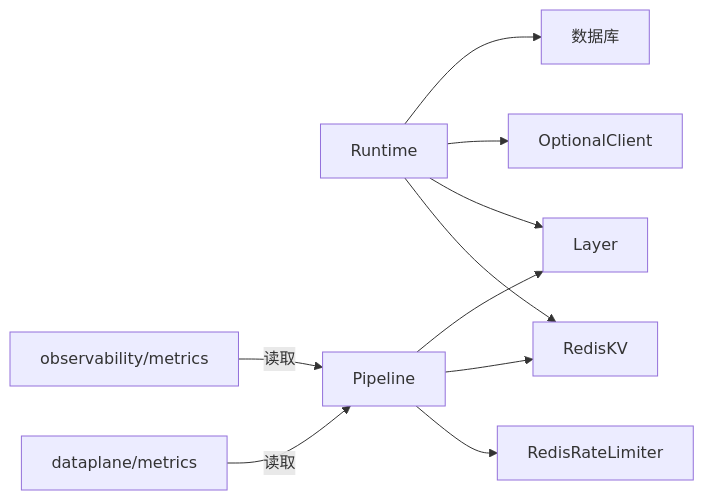
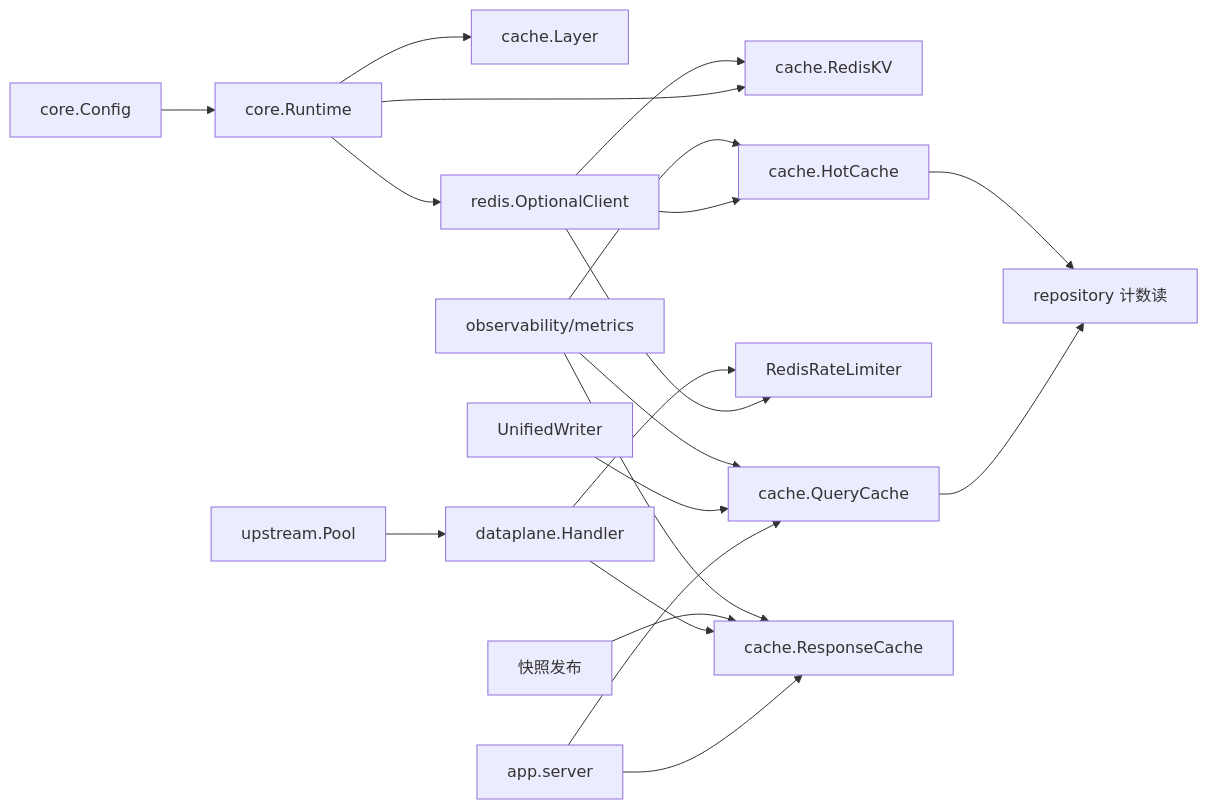
The fifth of 5 diagrams in docs/系统架构设计/缓存与性能优化.md (x01n/My-OpenWaf), drawn with Mermaid before and after one commit. The commit also changed other lines of this file and 622 other files, not shown here.

````diff
--- a/docs/系统架构设计/缓存与性能优化.md
+++ b/docs/系统架构设计/缓存与性能优化.md
@@ -362,12 +427,22 @@
 ```mermaid
 graph LR
-RT["Runtime"] --> DB["数据库"]
-RT --> RCL["OptionalClient"]
-RT --> L["Layer"]
-RT --> RKV["RedisKV"]
-P["Pipeline"] --> L
-P --> RKV
-P --> RL["RedisRateLimiter"]
-OBS["observability/metrics"] --> |读取| P
-DP["dataplane/metrics"] --> |读取| P
+  CFG["core.Config"] --> RT["core.Runtime"]
+  RT --> L["cache.Layer"]
+  RT --> KV["cache.RedisKV"]
+  RT --> RCL["redis.OptionalClient"]
+  RCL --> KV
+  RCL --> HOT["cache.HotCache"]
+  RCL --> RL["RedisRateLimiter"]
+  SVR["app.server"] --> QC["cache.QueryCache"]
+  SVR --> RC["cache.ResponseCache"]
+  QC --> REPO["repository 计数读"]
+  HOT --> REPO
+  UW["UnifiedWriter"] --> QC
+  DPX["dataplane.Handler"] --> RC
+  DPX --> RL
+  SNAP["快照发布"] --> RC
+  UPT["upstream.Pool"] --> DPX
+  MET["observability/metrics"] --> QC
+  MET --> HOT
+  MET --> RC
 ```
````
